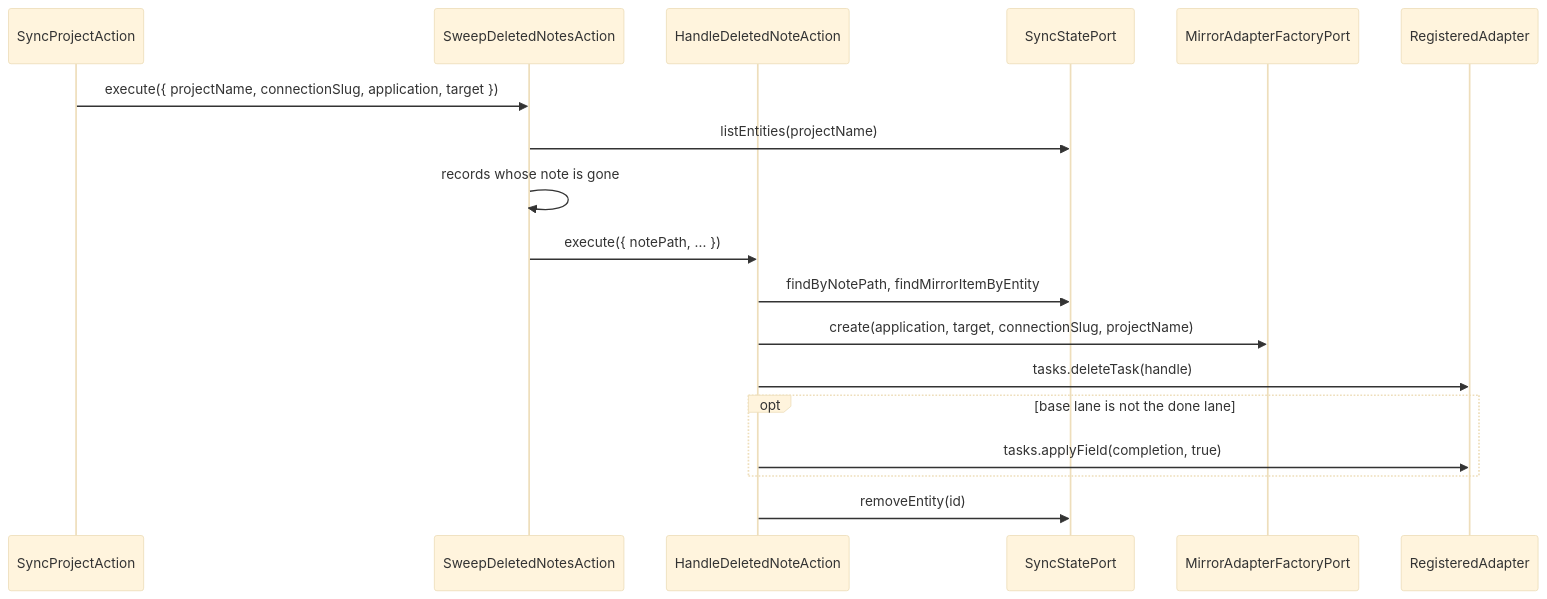
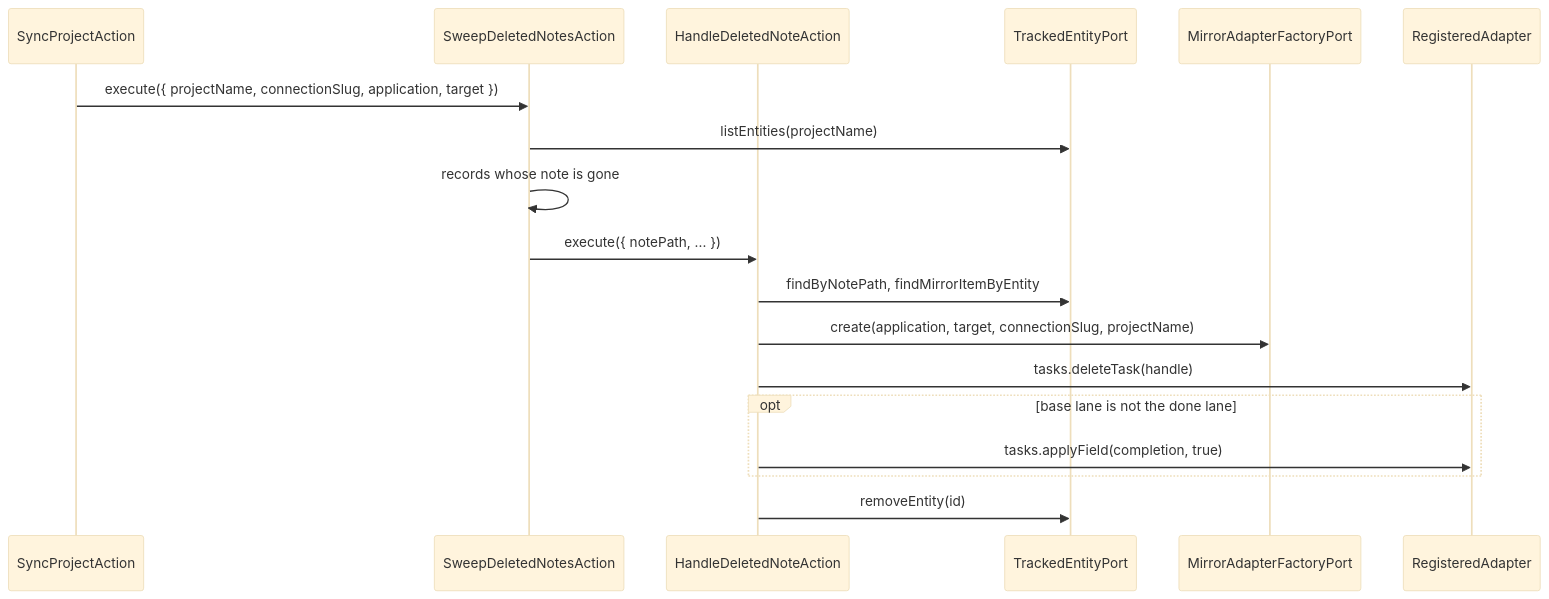
Diagram 16 of 18 in docs/developer-manual.md (99linesofcode/obsidian-project-management), drawn with Mermaid (base theme) before and after one commit. The commit also changed other lines of this file and 35 other files, not shown here.

````diff
--- a/docs/developer-manual.md
+++ b/docs/developer-manual.md
@@ -752,21 +757,21 @@
 ```mermaid
 sequenceDiagram
   participant SP as SyncProjectAction
   participant Sweep as SweepDeletedNotesAction
   participant HD as HandleDeletedNoteAction
-  participant SS as SyncStatePort
+  participant SS as TrackedEntityPort
   participant F as MirrorAdapterFactoryPort
   participant R as RegisteredAdapter
 
   SP->>Sweep: execute({ projectName, connectionSlug, application, target })
   Sweep->>SS: listEntities(projectName)
   Sweep->>Sweep: records whose note is gone
   Sweep->>HD: execute({ notePath, ... })
   HD->>SS: findByNotePath, findMirrorItemByEntity
   HD->>F: create(application, target, connectionSlug, projectName)
   HD->>R: tasks.deleteTask(handle)
   opt base lane is not the done lane
     HD->>R: tasks.applyField(completion, true)
   end
   HD->>SS: removeEntity(id)
 ```
````
